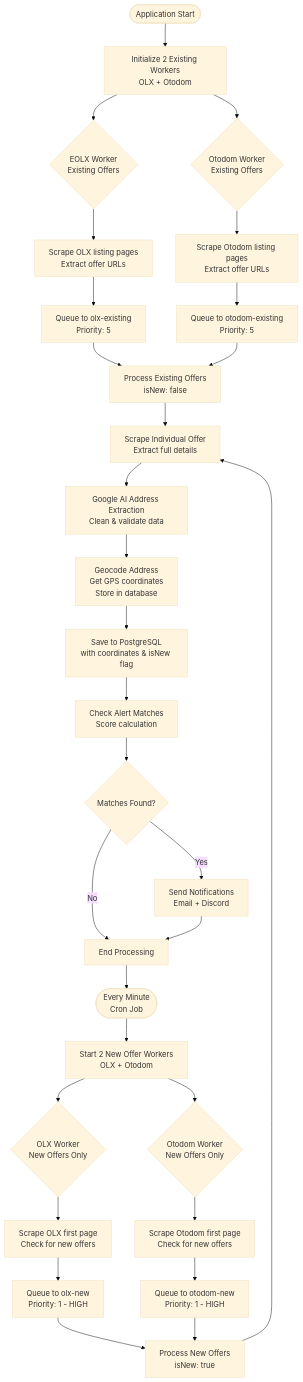
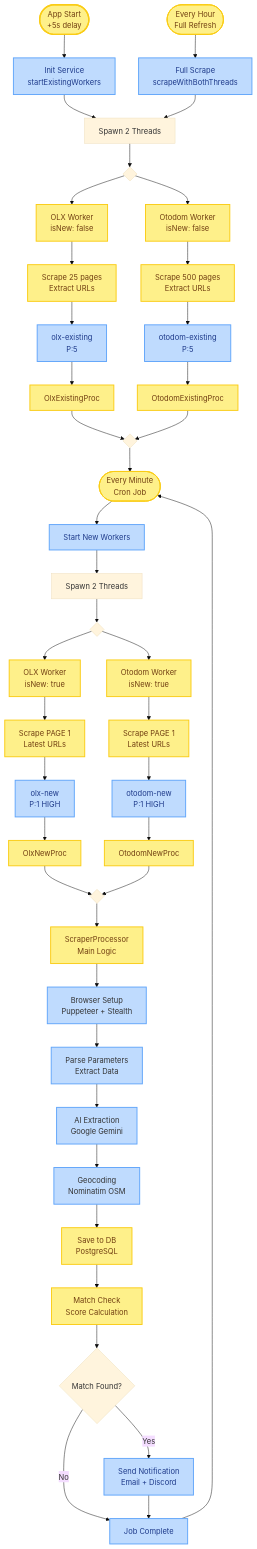
Before and after one commit to Drake3001/Wakacyjne-Wyzwanie---backend-Mieszkaniownik: the fifth of 8 diagrams in README.md, drawn with Mermaid (base theme). The commit also changed other lines of this file and 2 other files, not shown here.

````diff
--- a/README.md
+++ b/README.md
@@ -302,47 +367,85 @@
 ```mermaid
-flowchart TD
-    START([Application Start]) --> INIT_WORKERS[Initialize 2 Existing Workers<br/>OLX + Otodom]
+flowchart TB
+    %% Styling
+    classDef startClass fill:#fef08a,stroke:#facc15,stroke-width:3px,color:#713f12
+    classDef orchestratorClass fill:#bfdbfe,stroke:#60a5fa,stroke-width:2px,color:#1e3a8a
+    classDef workerClass fill:#fef08a,stroke:#facc15,stroke-width:2px,color:#713f12
+    classDef queueClass fill:#bfdbfe,stroke:#60a5fa,stroke-width:2px,color:#1e3a8a
+    classDef processorClass fill:#fef08a,stroke:#facc15,stroke-width:2px,color:#713f12
+    classDef serviceClass fill:#bfdbfe,stroke:#60a5fa,stroke-width:2px
+    classDef dbClass fill:#fef08a,stroke:#facc15,stroke-width:2px,color:#713f12
+    classDef notifyClass fill:#bfdbfe,stroke:#60a5fa,stroke-width:2px,color:#1e3a8a
+    classDef cronClass fill:#fef08a,stroke:#facc15,stroke-width:2px,color:#713f12
+    classDef endClass fill:#bfdbfe,stroke:#60a5fa,stroke-width:2px,color:#1e3a8a
 
-    INIT_WORKERS --> EOW_START{EOLX Worker<br/>Existing Offers}
-    INIT_WORKERS --> EOTW_START{Otodom Worker<br/>Existing Offers}
+    START([App Start<br/>+5s delay])
+    START --> INIT[Init Service<br/>startExistingWorkers]
+    INIT --> SPAWN_EXIST[Spawn 2 Threads]
 
-    EOW_START --> EOW_SCRAPE[Scrape OLX listing pages<br/>Extract offer URLs]
-    EOTW_START --> EOTW_SCRAPE[Scrape Otodom listing pages<br/>Extract offer URLs]
+    SPAWN_EXIST --> SPLIT_EXIST{ }
+    SPLIT_EXIST --> OLX_EXIST[OLX Worker<br/>isNew: false]
+    SPLIT_EXIST --> OTDM_EXIST[Otodom Worker<br/>isNew: false]
 
-    EOW_SCRAPE --> EOW_QUEUE[Queue to olx-existing<br/>Priority: 5]
-    EOTW_SCRAPE --> EOTW_QUEUE[Queue to otodom-existing<br/>Priority: 5]
+    OLX_EXIST --> OLX_SCRAPE[Scrape 25 pages<br/>Extract URLs]
+    OTDM_EXIST --> OTDM_SCRAPE[Scrape 500 pages<br/>Extract URLs]
 
-    EOW_QUEUE --> PROCESS_EXISTING[Process Existing Offers<br/>isNew: false]
-    EOTW_QUEUE --> PROCESS_EXISTING
+    OLX_SCRAPE --> OLX_Q[olx-existing<br/>P:5]
+    OTDM_SCRAPE --> OTDM_Q[otodom-existing<br/>P:5]
 
-    %% Cron job every minute
-    CRON_MINUTE([Every Minute<br/>Cron Job]) --> NEW_WORKERS[Start 2 New Offer Workers<br/>OLX + Otodom]
+    OLX_Q --> OLX_PROC[OlxExistingProc]
+    OTDM_Q --> OTDM_PROC[OtodomExistingProc]
 
-    NEW_WORKERS --> EOW_NEW{OLX Worker<br/>New Offers Only}
-    NEW_WORKERS --> EOTW_NEW{Otodom Worker<br/>New Offers Only}
+    OLX_PROC --> MERGE_EXIST{ }
+    OTDM_PROC --> MERGE_EXIST
 
-    EOW_NEW --> EOW_NEW_SCRAPE[Scrape OLX first page<br/>Check for new offers]
-    EOTW_NEW --> EOTW_NEW_SCRAPE[Scrape Otodom first page<br/>Check for new offers]
+    MERGE_EXIST --> CRON_MIN([Every Minute<br/>Cron Job])
+    CRON_MIN --> NEW_INIT[Start New Workers]
+    NEW_INIT --> SPAWN_NEW[Spawn 2 Threads]
 
-    EOW_NEW_SCRAPE --> EOW_NEW_QUEUE[Queue to olx-new<br/>Priority: 1 - HIGH]
-    EOTW_NEW_SCRAPE --> EOTW_NEW_QUEUE[Queue to otodom-new<br/>Priority: 1 - HIGH]
+    SPAWN_NEW --> SPLIT_NEW{ }
+    SPLIT_NEW --> OLX_NEW[OLX Worker<br/>isNew: true]
+    SPLIT_NEW --> OTDM_NEW[Otodom Worker<br/>isNew: true]
 
-    EOW_NEW_QUEUE --> PROCESS_NEW[Process New Offers<br/>isNew: true]
-    EOTW_NEW_QUEUE --> PROCESS_NEW
+    OLX_NEW --> OLX_NEW_SCRAPE[Scrape PAGE 1<br/>Latest URLs]
+    OTDM_NEW --> OTDM_NEW_SCRAPE[Scrape PAGE 1<br/>Latest URLs]
 
-    %% Processing flow
-    PROCESS_EXISTING --> SCRAPE_DETAILS[Scrape Individual Offer<br/>Extract full details]
-    PROCESS_NEW --> SCRAPE_DETAILS
+    OLX_NEW_SCRAPE --> OLX_NEW_Q[olx-new<br/>P:1 HIGH]
+    OTDM_NEW_SCRAPE --> OTDM_NEW_Q[otodom-new<br/>P:1 HIGH]
 
-    SCRAPE_DETAILS --> AI_EXTRACT[Google AI Address Extraction<br/>Clean & validate data]
-    AI_EXTRACT --> GEOCODE[Geocode Address<br/>Get GPS coordinates<br/>Store in database]
-    GEOCODE --> SAVE_DB[Save to PostgreSQL<br/>with coordinates & isNew flag]
-    SAVE_DB --> MATCH_CHECK[Check Alert Matches<br/>Score calculation]
-    MATCH_CHECK --> NOTIFY{Matches Found?}
+    OLX_NEW_Q --> OLX_NEW_PROC[OlxNewProc]
+    OTDM_NEW_Q --> OTDM_NEW_PROC[OtodomNewProc]
 
-    NOTIFY -->|Yes| SEND_NOTIFICATIONS[Send Notifications<br/>Email + Discord]
-    NOTIFY -->|No| END_PROCESS[End Processing]
-    SEND_NOTIFICATIONS --> END_PROCESS
+    OLX_NEW_PROC --> MERGE_NEW{ }
+    OTDM_NEW_PROC --> MERGE_NEW
 
-    END_PROCESS --> CRON_MINUTE
+    MERGE_NEW --> MAIN_PROC[ScraperProcessor<br/>Main Logic]
+
+    MAIN_PROC --> BROWSER[Browser Setup<br/>Puppeteer + Stealth]
+    BROWSER --> PARSE[Parse Parameters<br/>Extract Data]
+    PARSE --> AI[AI Extraction<br/>Google Gemini]
+    AI --> GEO[Geocoding<br/>Nominatim OSM]
+    GEO --> SAVE[Save to DB<br/>PostgreSQL]
+    SAVE --> MATCH[Match Check<br/>Score Calculation]
+    MATCH --> DECISION{Match Found?}
+
+    DECISION -->|Yes| NOTIFY[Send Notification<br/>Email + Discord]
+    DECISION -->|No| END[Job Complete]
+    NOTIFY --> END
+
+    CRON_HOUR([Every Hour<br/>Full Refresh])
+    CRON_HOUR --> FULL[Full Scrape<br/>scrapeWithBothThreads]
+    FULL --> SPAWN_EXIST
+    END --> CRON_MIN
+
+    %% Apply styles
+    class START startClass
+    class INIT,NEW_INIT,FULL orchestratorClass
+    class OLX_EXIST,OTDM_EXIST,OLX_NEW,OTDM_NEW,OLX_SCRAPE,OTDM_SCRAPE,OLX_NEW_SCRAPE,OTDM_NEW_SCRAPE workerClass
+    class OLX_Q,OTDM_Q,OLX_NEW_Q,OTDM_NEW_Q queueClass
+    class OLX_PROC,OTDM_PROC,OLX_NEW_PROC,OTDM_NEW_PROC,MAIN_PROC processorClass
+    class BROWSER,PARSE,AI,GEO serviceClass
+    class SAVE,MATCH dbClass
+    class NOTIFY notifyClass
+    class CRON_MIN,CRON_HOUR cronClass
+    class END endClass
 ```
````
